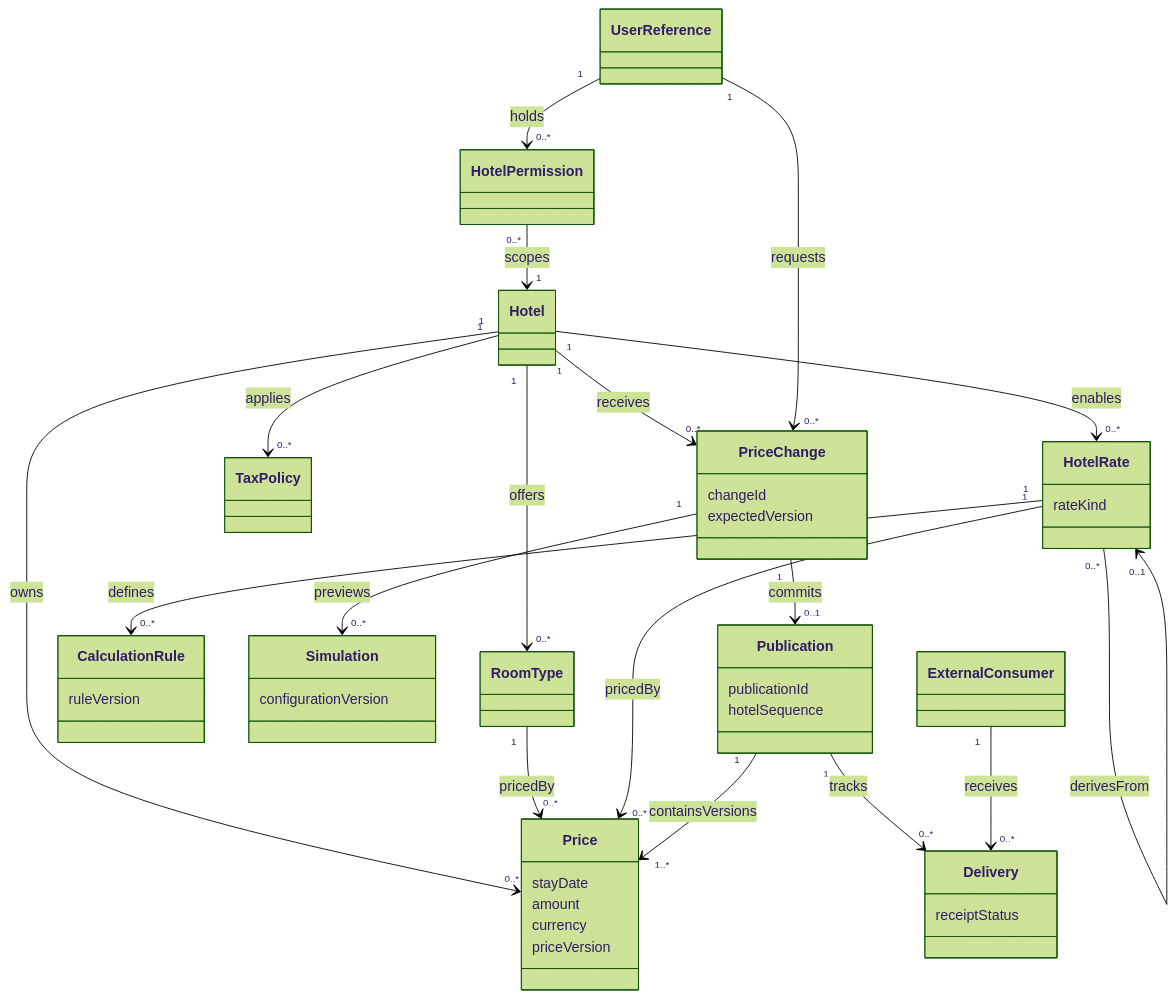
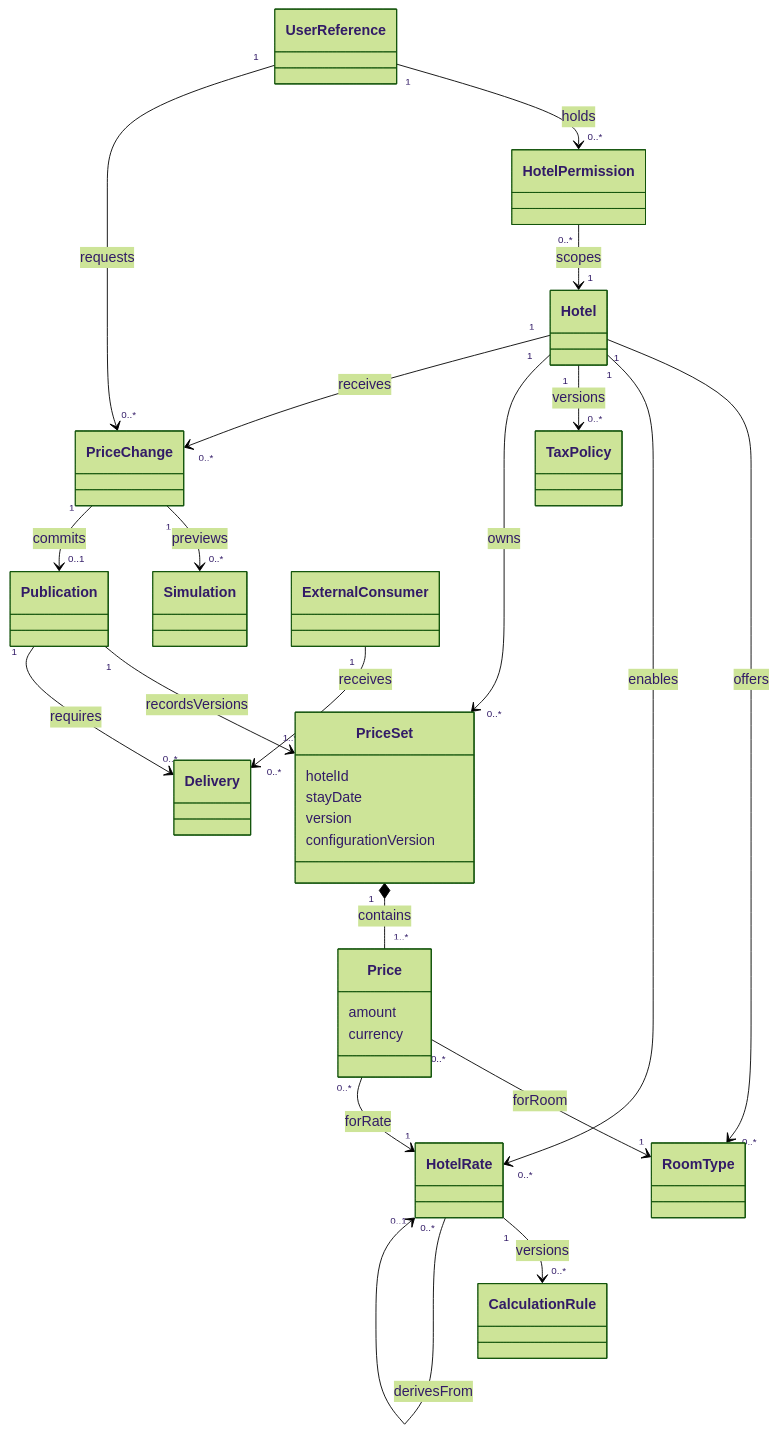
One commit to yoona96/ADD_Codex changed the second of 13 diagrams in HPS/design/architecture.md. Above: the diagram before and after it, drawn with Mermaid (forest theme). The commit also changed other lines of this file and 13 other files, not shown here.

````diff
--- a/HPS/design/architecture.md
+++ b/HPS/design/architecture.md
@@ -81,52 +71,43 @@
 ```mermaid
 classDiagram
     class Hotel
     class RoomType
-    class HotelRate {
-        rateKind
+    class HotelRate
+    class CalculationRule
+    class TaxPolicy
+    class PriceSet {
+        hotelId
+        stayDate
+        version
+        configurationVersion
     }
-    class CalculationRule {
-        ruleVersion
-    }
-    class TaxPolicy
     class Price {
-        stayDate
         amount
         currency
-        priceVersion
     }
-    class PriceChange {
-        changeId
-        expectedVersion
-    }
-    class Simulation {
-        configurationVersion
-    }
-    class Publication {
-        publicationId
-        hotelSequence
-    }
-    class Delivery {
-        receiptStatus
-    }
-    class ExternalConsumer
+    class PriceChange
+    class Simulation
     class UserReference
     class HotelPermission
+    class Publication
+    class Delivery
+    class ExternalConsumer
     Hotel "1" --> "0..*" RoomType : offers
     Hotel "1" --> "0..*" HotelRate : enables
-    Hotel "1" --> "0..*" TaxPolicy : applies
-    HotelRate "1" --> "0..*" CalculationRule : defines
+    Hotel "1" --> "0..*" TaxPolicy : versions
+    HotelRate "1" --> "0..*" CalculationRule : versions
     HotelRate "0..*" --> "0..1" HotelRate : derivesFrom
-    Hotel "1" --> "0..*" Price : owns
-    RoomType "1" --> "0..*" Price : pricedBy
-    HotelRate "1" --> "0..*" Price : pricedBy
-    Hotel "1" --> "0..*" PriceChange : receives
-    UserReference "1" --> "0..*" PriceChange : requests
+    Hotel "1" --> "0..*" PriceSet : owns
+    PriceSet "1" *-- "1..*" Price : contains
+    Price "0..*" --> "1" RoomType : forRoom
+    Price "0..*" --> "1" HotelRate : forRate
     UserReference "1" --> "0..*" HotelPermission : holds
     HotelPermission "0..*" --> "1" Hotel : scopes
+    UserReference "1" --> "0..*" PriceChange : requests
+    Hotel "1" --> "0..*" PriceChange : receives
     PriceChange "1" --> "0..*" Simulation : previews
     PriceChange "1" --> "0..1" Publication : commits
-    Publication "1" --> "1..*" Price : containsVersions
-    Publication "1" --> "0..*" Delivery : tracks
+    Publication "1" --> "1..*" PriceSet : recordsVersions
+    Publication "1" --> "0..*" Delivery : requires
     ExternalConsumer "1" --> "0..*" Delivery : receives
 ```
````
